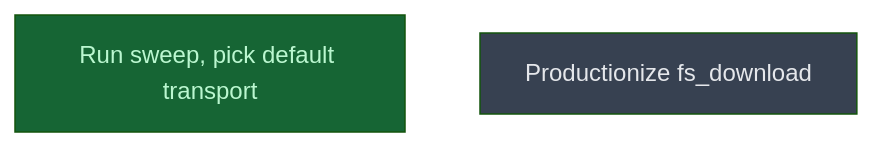
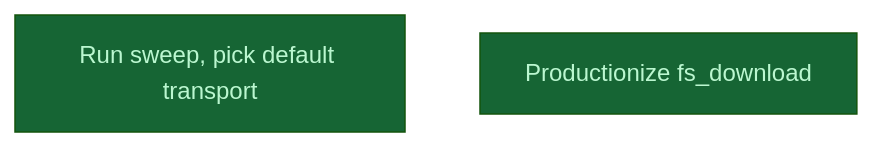
One commit to RIKEN-RCCS/Rikyu-Agent changed the diagram in __roadmap__/fs-download-rework/transports/benchmark/finalize/README.md. Above: the diagram before and after it, drawn with Mermaid (forest theme). The commit also changed other lines of this file and 3 other files, not shown here.

Commit message:
docs(roadmap): campaign complete — all tiers done

````diff
--- a/__roadmap__/fs-download-rework/transports/benchmark/finalize/README.md
+++ b/__roadmap__/fs-download-rework/transports/benchmark/finalize/README.md
@@ -16,10 +16,10 @@
 ```mermaid
 graph TD
     experiments[Run sweep, pick default transport]:::done
-    productionize[Productionize fs_download]:::planned
+    productionize[Productionize fs_download]:::done
     classDef done       fill:#166534,color:#bbf7d0
     classDef inprogress fill:#854d0e,color:#fef08a
     classDef planned    fill:#374151,color:#e5e7eb
     classDef amendment  fill:#1e3a5f,color:#bfdbfe
     classDef blocked    fill:#7f1d1d,color:#fecaca
 ```
````
